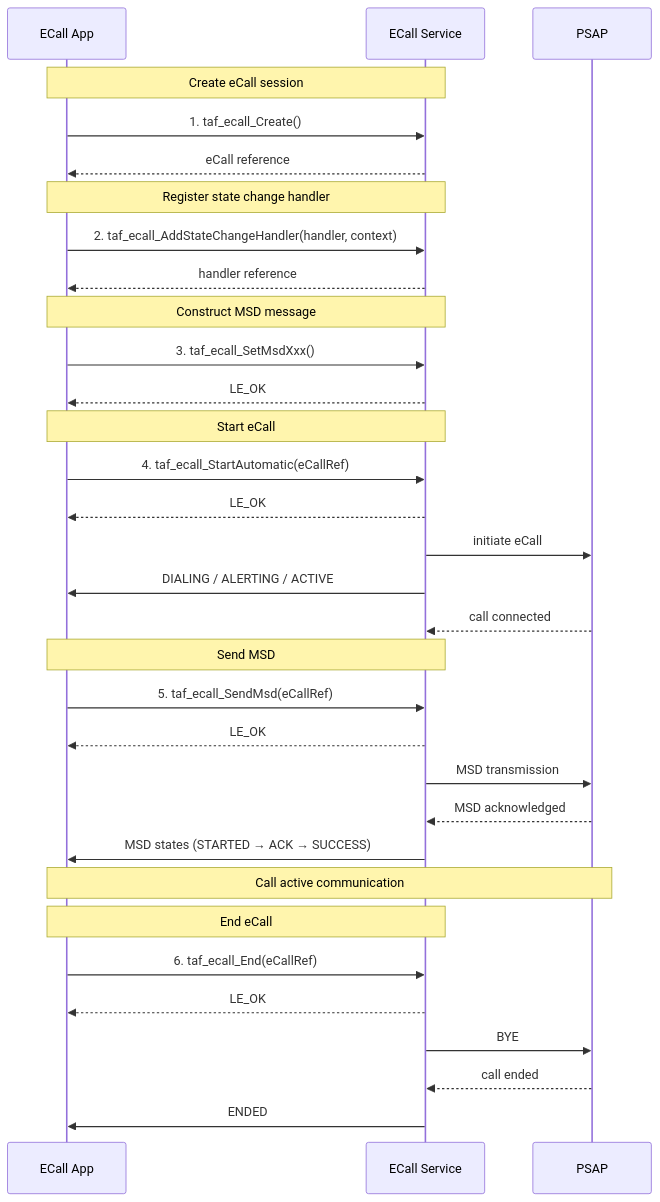
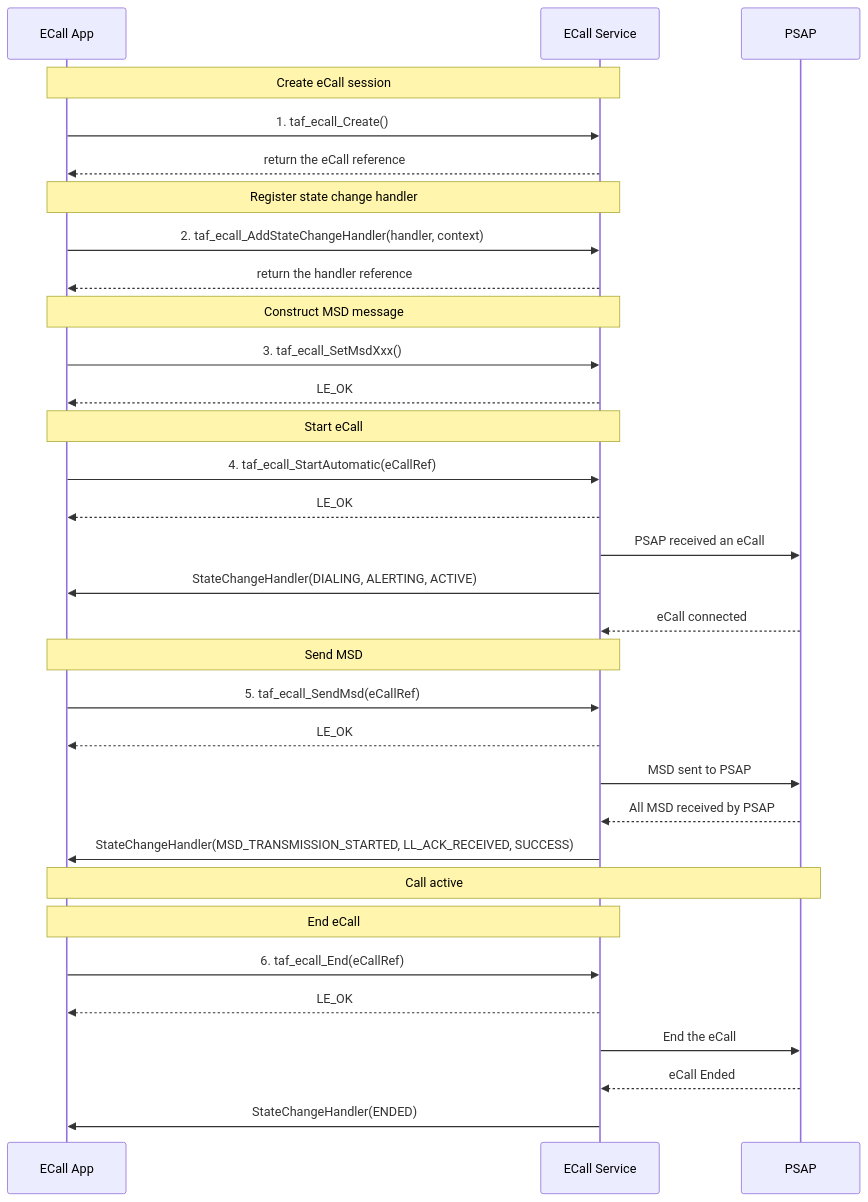
Before and after one commit to CodeLinaro-mirror/le_platform_TelAF: the diagram in doc/rst/ecall.rst, drawn with Mermaid. The commit also changed other lines of this file and 6 other files, not shown here.

Commit message:
doc: Add Mermaid call flow diagrams for managed services

```diff
--- a/doc/rst/ecall.rst
+++ b/doc/rst/ecall.rst
@@ -8,41 +8,41 @@
 .. mermaid::
 
    sequenceDiagram
        participant App as ECall App
        participant Svc as ECall Service
        participant PSAP as PSAP
 
        Note over App,Svc: Create eCall session
        App->>Svc: 1. taf_ecall_Create()
-       Svc-->>App: eCall reference
+       Svc-->>App: return the eCall reference
 
        Note over App,Svc: Register state change handler
        App->>Svc: 2. taf_ecall_AddStateChangeHandler(handler, context)
-       Svc-->>App: handler reference
+       Svc-->>App: return the handler reference
 
        Note over App,Svc: Construct MSD message
        App->>Svc: 3. taf_ecall_SetMsdXxx()
        Svc-->>App: LE_OK
 
        Note over App,Svc: Start eCall
        App->>Svc: 4. taf_ecall_StartAutomatic(eCallRef)
        Svc-->>App: LE_OK
-       Svc->>PSAP: initiate eCall
-       Svc->>App: DIALING / ALERTING / ACTIVE
-       PSAP-->>Svc: call connected
+       Svc->>PSAP: PSAP received an eCall
+       Svc->>App: StateChangeHandler(DIALING, ALERTING, ACTIVE)
+       PSAP-->>Svc: eCall connected
 
        Note over App,Svc: Send MSD
        App->>Svc: 5. taf_ecall_SendMsd(eCallRef)
        Svc-->>App: LE_OK
-       Svc->>PSAP: MSD transmission
-       PSAP-->>Svc: MSD acknowledged
-       Svc->>App: MSD states (STARTED → ACK → SUCCESS)
+       Svc->>PSAP: MSD sent to PSAP
+       PSAP-->>Svc: All MSD received by PSAP
+       Svc->>App: StateChangeHandler(MSD_TRANSMISSION_STARTED, LL_ACK_RECEIVED, SUCCESS)
 
-       Note over App,PSAP: Call active communication
+       Note over App,PSAP: Call active
 
        Note over App,Svc: End eCall
        App->>Svc: 6. taf_ecall_End(eCallRef)
        Svc-->>App: LE_OK
-       Svc->>PSAP: BYE
-       PSAP-->>Svc: call ended
-       Svc->>App: ENDED
+       Svc->>PSAP: End the eCall
+       PSAP-->>Svc: eCall Ended
+       Svc->>App: StateChangeHandler(ENDED)
```
